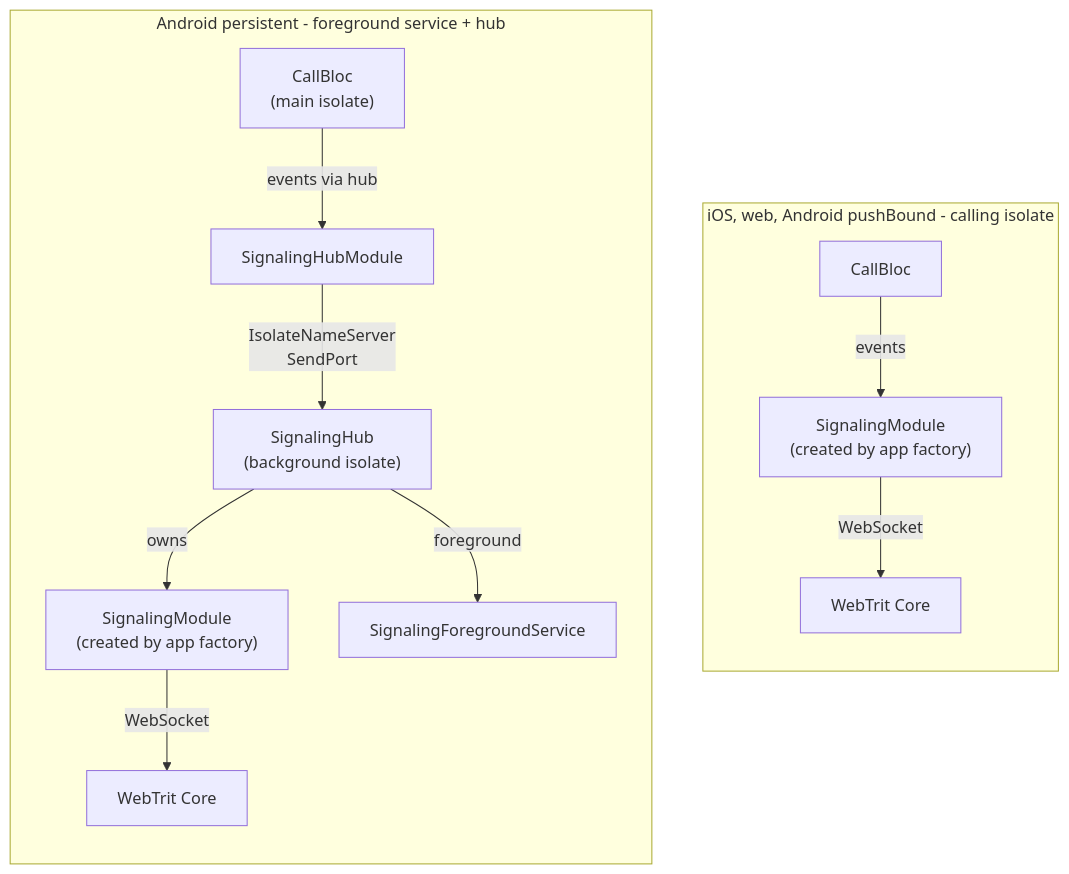
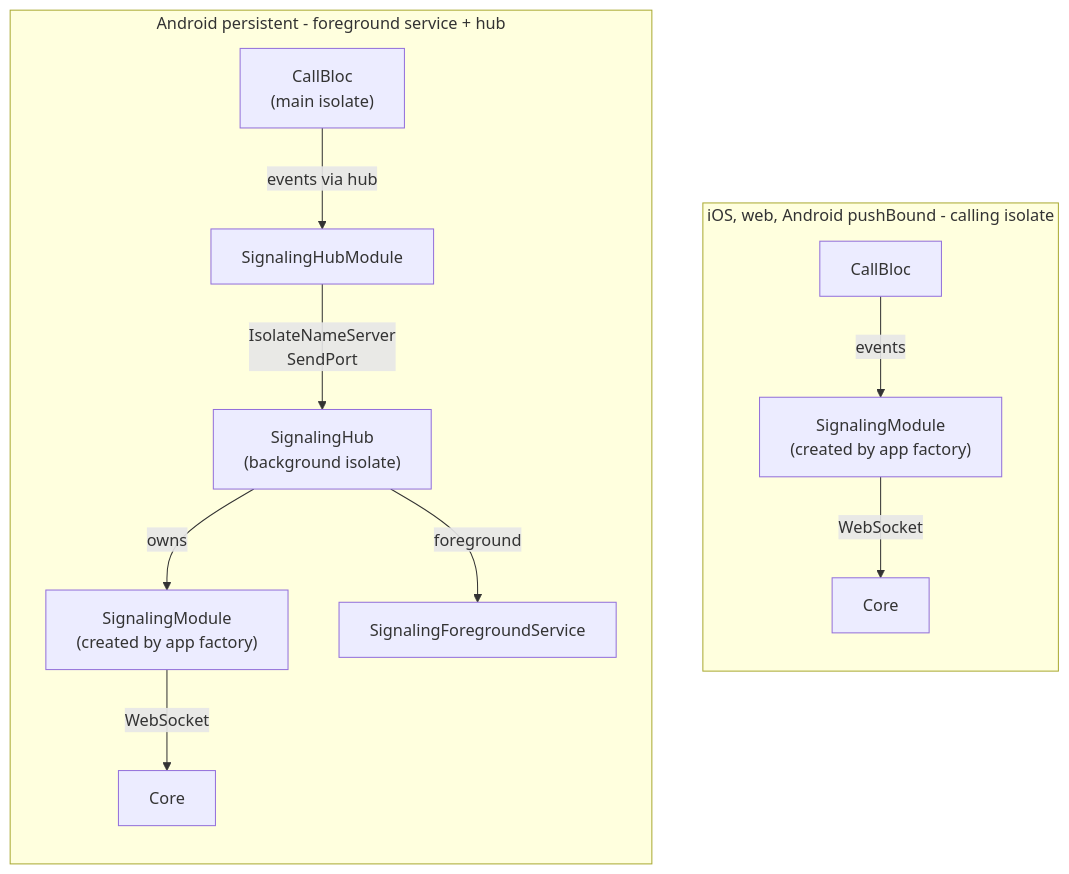
Before and after one commit to portaone/porta-phone-mobile-app: the third of 6 diagrams in phone/packages/signaling_service/ARCHITECTURE.md, drawn with Mermaid. The commit also changed other lines of this file and 17 other files, not shown here.

````diff
--- a/phone/packages/signaling_service/ARCHITECTURE.md
+++ b/phone/packages/signaling_service/ARCHITECTURE.md
@@ -71,17 +71,17 @@
 ```mermaid
 graph TD
     subgraph Direct["iOS, web, Android pushBound - calling isolate"]
         direction TB
         ios_cb["CallBloc"] -->|events| ios_sm["SignalingModule\n(created by app factory)"]
-        ios_sm -->|WebSocket| ios_srv["WebTrit Core"]
+        ios_sm -->|WebSocket| ios_srv["Core"]
     end
 
     subgraph Android["Android persistent - foreground service + hub"]
         direction TB
         and_cb["CallBloc\n(main isolate)"] -->|events via hub| and_hm["SignalingHubModule"]
         and_hm -->|" IsolateNameServer\nSendPort "| and_hub["SignalingHub\n(background isolate)"]
         and_hub -->|owns| and_sm["SignalingModule\n(created by app factory)"]
-        and_sm -->|WebSocket| and_srv["WebTrit Core"]
+        and_sm -->|WebSocket| and_srv["Core"]
         and_hub -->|foreground| and_svc["SignalingForegroundService"]
     end
 ```
````
